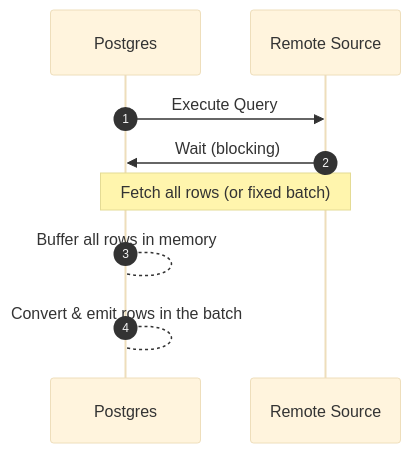
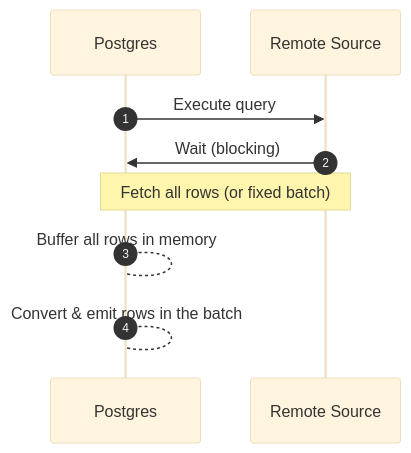
Before and after one commit to supabase/supabase: the first of 2 diagrams in apps/www/_blog/2025-12-04-adding-async-streaming-to-pg-fdw.mdx, drawn with Mermaid (base theme). The commit also changed other lines of this file, not shown here.

Commit message:
minor change on diagram

````diff
--- a/apps/www/_blog/2025-12-04-adding-async-streaming-to-pg-fdw.mdx
+++ b/apps/www/_blog/2025-12-04-adding-async-streaming-to-pg-fdw.mdx
@@ -34,11 +34,11 @@
 ```mermaid
 sequenceDiagram
     autonumber
     participant P as Postgres
     participant R as Remote Source
-    P->>R: Execute Query
+    P->>R: Execute query
     R->>P: Wait (blocking)
     Note over R,P: Fetch all rows (or fixed batch)
     P-->P: Buffer all rows in memory
     P-->P: Convert & emit rows in the batch
 ```
````
